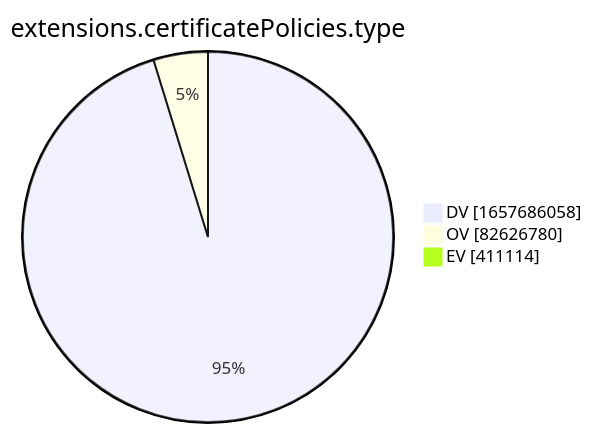
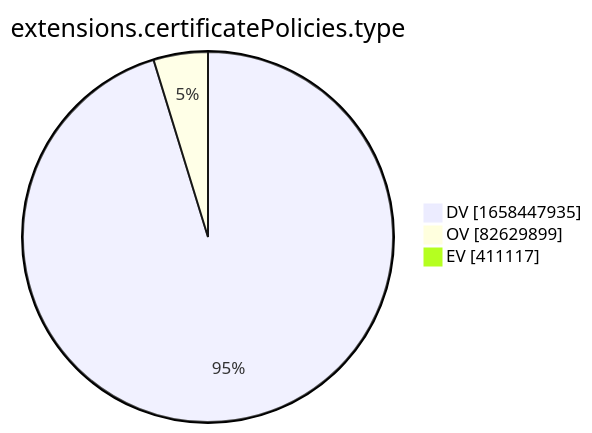
The tenth of 15 diagrams in xenon2022/README.md (christiankrug/ctmonitor_visualization), drawn with Mermaid before and after one commit. The commit also changed other lines of this file, not shown here.

````diff
--- a/xenon2022/README.md
+++ b/xenon2022/README.md
@@ -2880,7 +2880,7 @@
 ```mermaid
 pie showData
 title extensions.certificatePolicies.type
-"DV" :1657686058
-"OV" :82626780
-"EV" :411114
+"DV" :1658447935
+"OV" :82629899
+"EV" :411117
 ```
````
